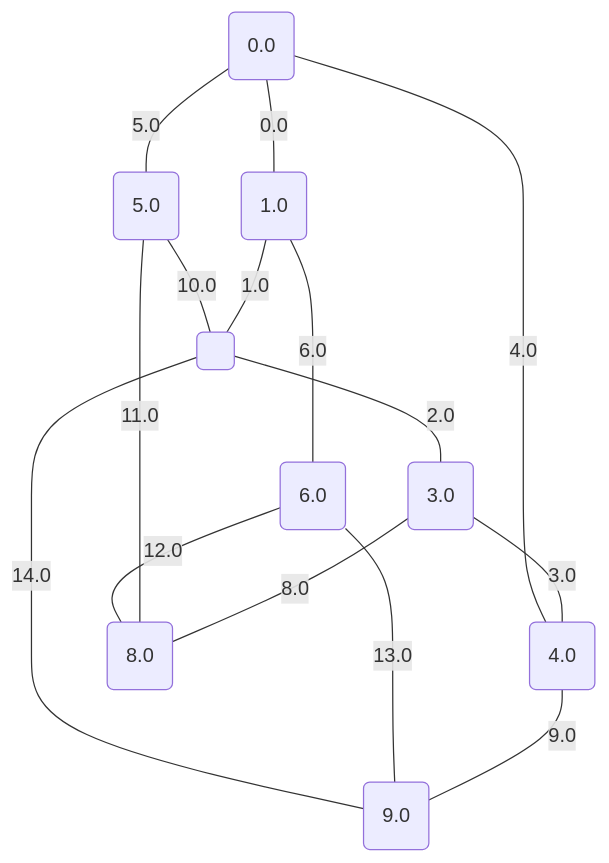
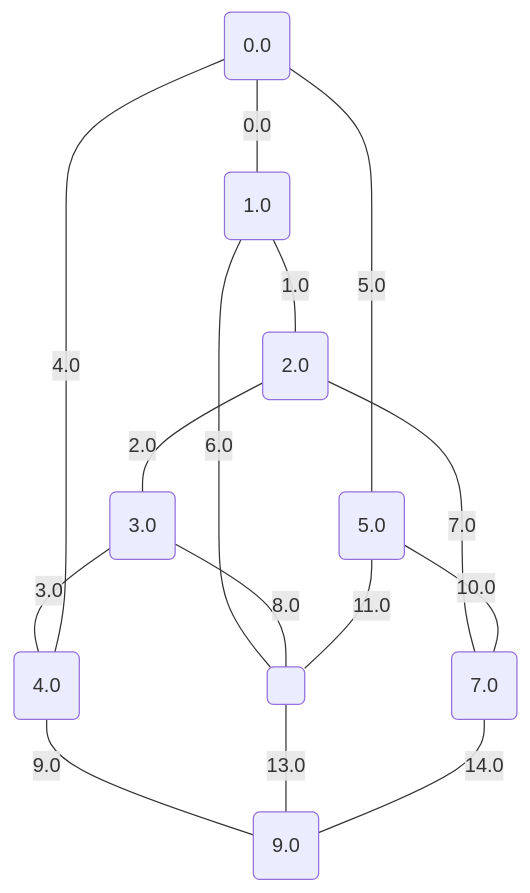
Before and after one commit to metury/graphs: the third of 17 diagrams in project/src/testing/minCutPetersen.md, drawn with Mermaid. The commit also changed other lines of this file and 2 other files, not shown here.

````diff
--- a/project/src/testing/minCutPetersen.md
+++ b/project/src/testing/minCutPetersen.md
@@ -75,26 +75,26 @@
 ```mermaid
 graph TD;
 0("0.0");
 1("1.0");
-2("3.0");
-3("4.0");
-4("5.0");
-5("6.0");
-6("8.0");
+2("2.0");
+3("3.0");
+4("4.0");
+5("5.0");
+6("7.0");
 7("9.0");
 8(" ");
 	0 -- "0.0" --- 1;
-	1 -- "1.0" --- 8;
-	8 -- "2.0" --- 2;
-	2 -- "3.0" --- 3;
-	3 -- "4.0" --- 0;
-	0 -- "5.0" --- 4;
-	1 -- "6.0" --- 5;
-	2 -- "8.0" --- 6;
-	3 -- "9.0" --- 7;
-	4 -- "10.0" --- 8;
-	4 -- "11.0" --- 6;
-	5 -- "12.0" --- 6;
-	5 -- "13.0" --- 7;
-	8 -- "14.0" --- 7;
+	1 -- "1.0" --- 2;
+	2 -- "2.0" --- 3;
+	3 -- "3.0" --- 4;
+	4 -- "4.0" --- 0;
+	0 -- "5.0" --- 5;
+	1 -- "6.0" --- 8;
+	2 -- "7.0" --- 6;
+	3 -- "8.0" --- 8;
+	4 -- "9.0" --- 7;
+	5 -- "10.0" --- 6;
+	5 -- "11.0" --- 8;
+	8 -- "13.0" --- 7;
+	6 -- "14.0" --- 7;
 ```
````
